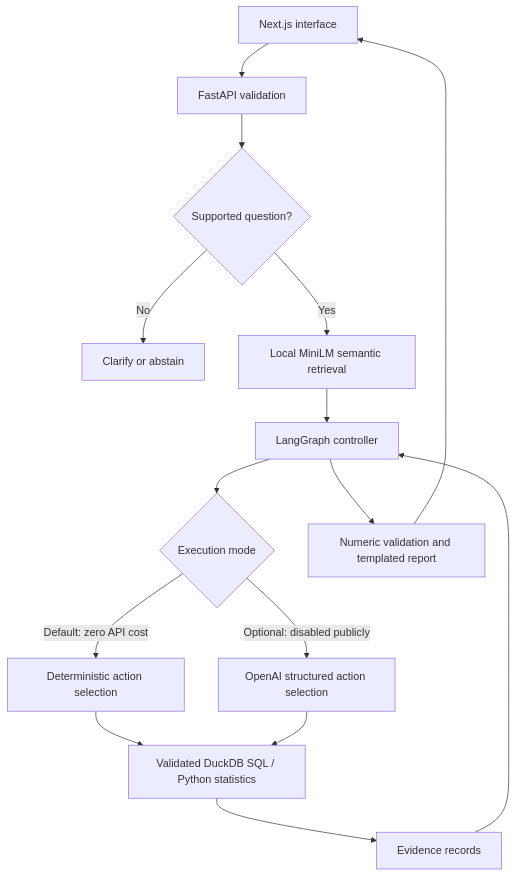
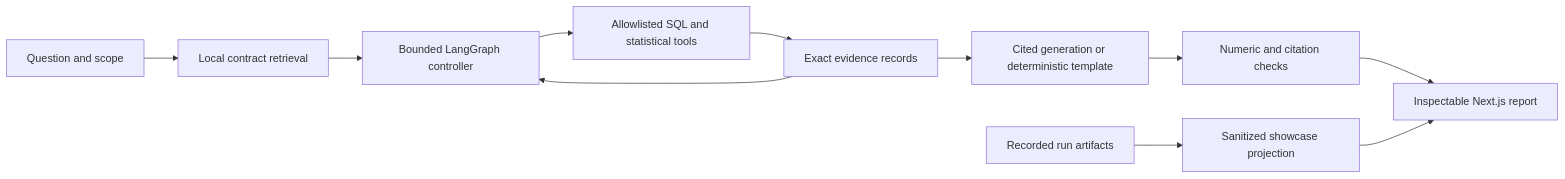
The diagram in README.md (RickySun-hub/metricpilot), drawn with Mermaid before and after one commit. The commit also changed other lines of this file and 62 other files, not shown here.

First line of the commit message:
Add MIT recorded dashboard and transparent grounded-model research evidence

````diff
--- a/README.md
+++ b/README.md
@@ -34,17 +70,13 @@
 ```mermaid
-flowchart TD
-    UI[Next.js interface] --> API[FastAPI validation]
-    API --> B{Supported question?}
-    B -->|No| C[Clarify or abstain]
-    B -->|Yes| R[Local MiniLM semantic retrieval]
-    R --> G[LangGraph controller]
-    G --> S{Execution mode}
-    S -->|Default: zero API cost| D[Deterministic action selection]
-    S -->|Optional: disabled publicly| L[OpenAI structured action selection]
-    D --> T[Validated DuckDB SQL / Python statistics]
-    L --> T
-    T --> E[Evidence records]
-    E --> G
-    G --> V[Numeric validation and templated report]
-    V --> UI
+flowchart LR
+    Q[Question and scope] --> R[Local contract retrieval]
+    R --> C[Bounded LangGraph controller]
+    C --> T[Allowlisted SQL and statistical tools]
+    T --> E[Exact evidence records]
+    E --> C
+    E --> G[Cited generation or deterministic template]
+    G --> V[Numeric and citation checks]
+    V --> UI[Inspectable Next.js report]
+    A[Recorded run artifacts] --> S[Sanitized showcase projection]
+    S --> UI
 ```
````
